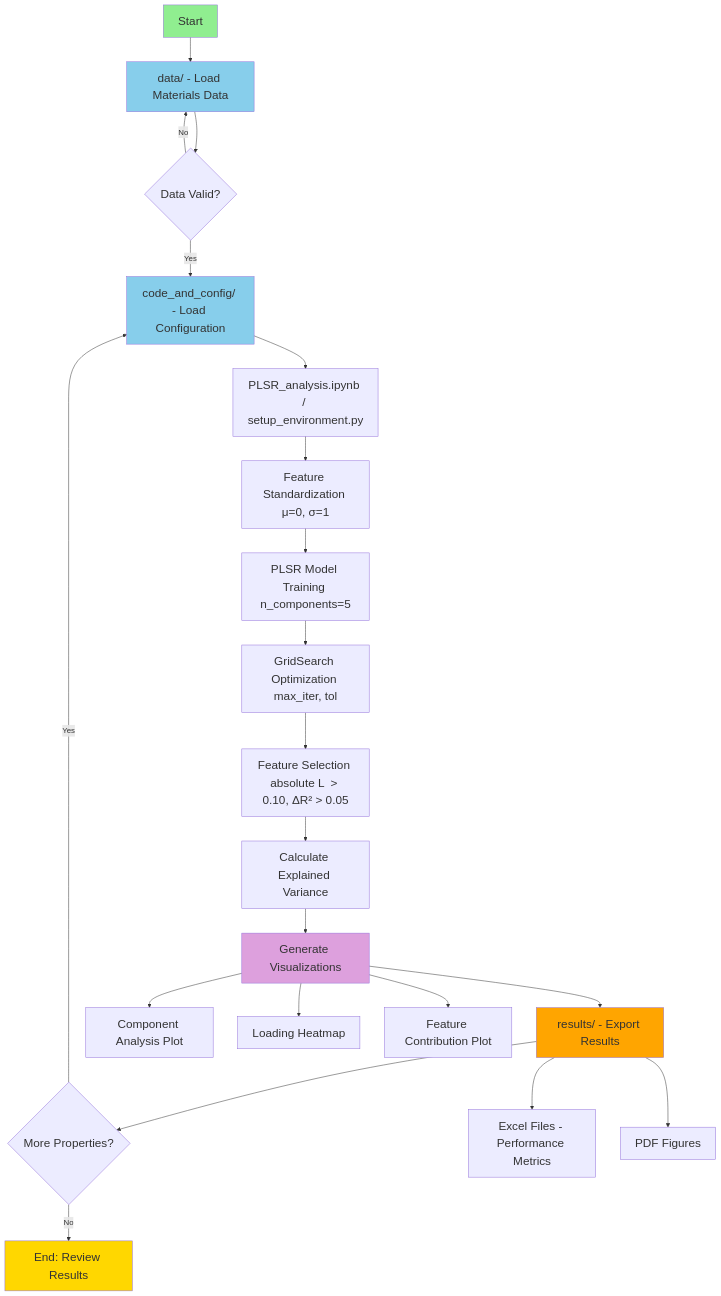
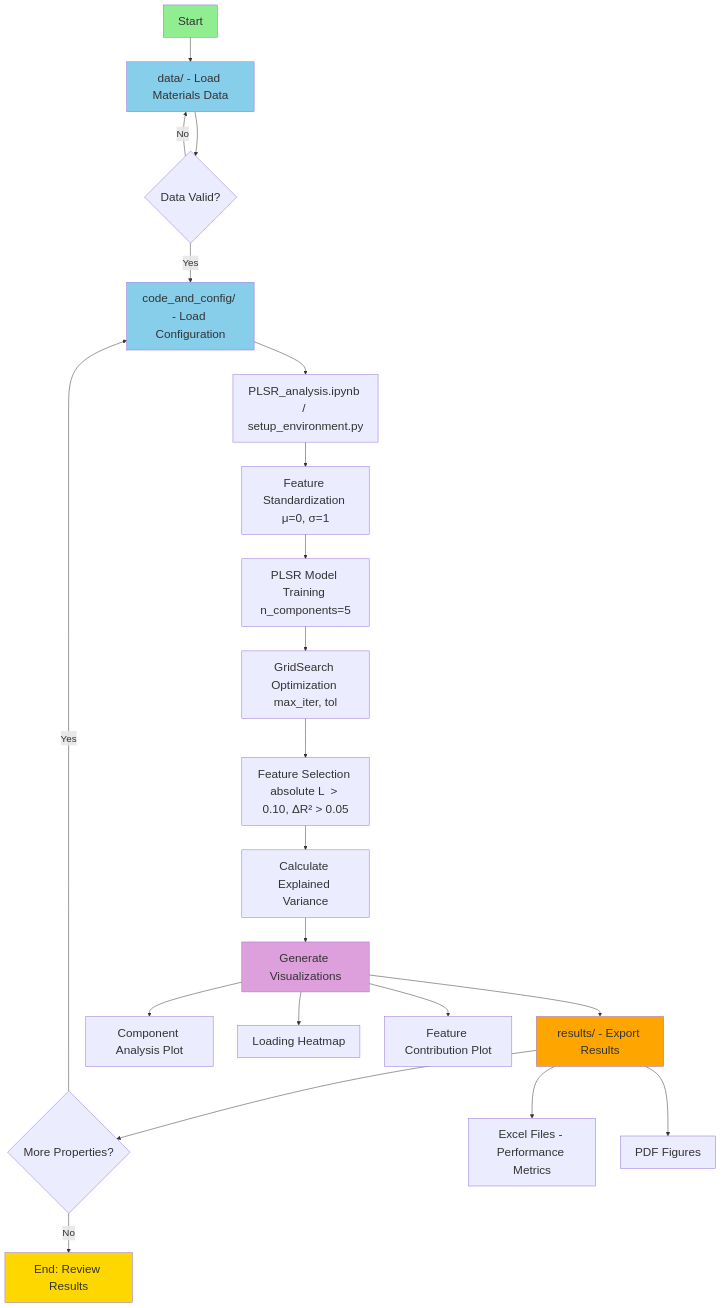
The diagram in plsr_feature_selection/README.md (Shaswat-qm-researcher/Physics-Informed-Symbolic-Regression-for-Phonon-Related-Property-Prediction-and-Materials-Discovery), drawn with Mermaid before and after one commit.

````diff
--- a/plsr_feature_selection/README.md
+++ b/plsr_feature_selection/README.md
@@ -24,45 +24,46 @@
 ```mermaid
 flowchart TD
     A[Start] --> B[data/ - Load Materials Data]
     B --> C{Data Valid?}
     C -->|No| B
     C -->|Yes| D[code_and_config/ - Load Configuration]
     D --> E[PLSR_analysis.ipynb / setup_environment.py]
     E --> F[Feature Standardization μ=0, σ=1]
     F --> G[PLSR Model Training n_components=5]
     G --> H[GridSearch Optimization max_iter, tol]
     H --> I[Feature Selection absolute L  > 0.10, ΔR² > 0.05]
     I --> J[Calculate Explained Variance]
     J --> K[Generate Visualizations]
     K --> L[results/ - Export Results]
     L --> M{More Properties?}
     M -->|Yes| D
     M -->|No| N[End: Review Results]
     
     K --> K1[Component Analysis Plot]
     K --> K2[Loading Heatmap]
     K --> K3[Feature Contribution Plot]
     
     L --> L1[Excel Files - Performance Metrics]
     L --> L2[PDF Figures]
 
 style A fill:#90EE90, font-size:24px, font-family:Arial
 style B fill:#87CEEB, font-size:24px, font-family:Arial
 style C font-size:24px, font-family:Arial
 style D fill:#87CEEB, font-size:24px, font-family:Arial
 style E font-size:24px, font-family:Arial
 style F font-size:24px, font-family:Arial
 style G font-size:24px, font-family:Arial
 style H font-size:24px, font-family:Arial
 style I font-size:24px, font-family:Arial
 style J font-size:24px, font-family:Arial
 style K fill:#DDA0DD, font-size:24px, font-family:Arial
 style K1 font-size:24px, font-family:Arial
 style K2 font-size:24px, font-family:Arial
 style K3 font-size:24px, font-family:Arial
 style L fill:#FFA500, font-size:24px, font-family:Arial
 style L1 font-size:24px, font-family:Arial
 style L2 font-size:24px, font-family:Arial
 style M font-size:24px, font-family:Arial
 style N fill:#FFD700, font-size:24px, font-family:Arial
+linkStyle 0,1,2,3,4,5,6,7,8,9,10,11,12,13,14,15 font-size:20px, font-family:Arial
 ```
````
